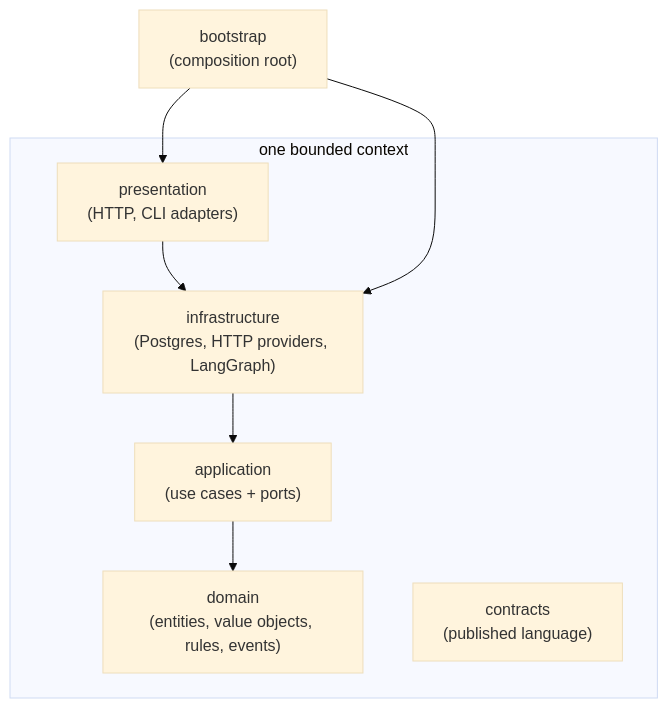
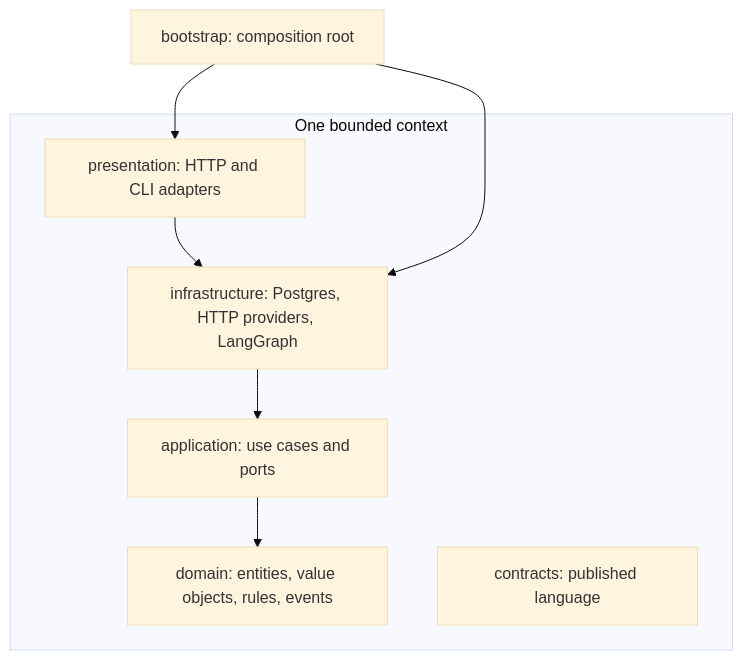
One commit to Eslamusamaaa/Pharmavique changed the second of 4 diagrams in README.md. Above: the diagram before and after it, drawn with Mermaid (base theme). The commit also changed other lines of this file and 31 other files, not shown here.

````diff
--- a/README.md
+++ b/README.md
@@ -141,11 +352,11 @@
 ```mermaid
 flowchart TB
-    subgraph context["one bounded context"]
-        P["presentation<br/>(HTTP, CLI adapters)"] --> I["infrastructure<br/>(Postgres, HTTP providers, LangGraph)"]
-        I --> A["application<br/>(use cases + ports)"]
-        A --> D["domain<br/>(entities, value objects, rules, events)"]
-        C["contracts<br/>(published language)"]
+    subgraph ctx[One bounded context]
+        P[presentation: HTTP and CLI adapters] --> I[infrastructure: Postgres, HTTP providers, LangGraph]
+        I --> A[application: use cases and ports]
+        A --> D[domain: entities, value objects, rules, events]
+        C[contracts: published language]
     end
-    B["bootstrap<br/>(composition root)"] --> P
+    B[bootstrap: composition root] --> P
     B --> I
 ```
````
